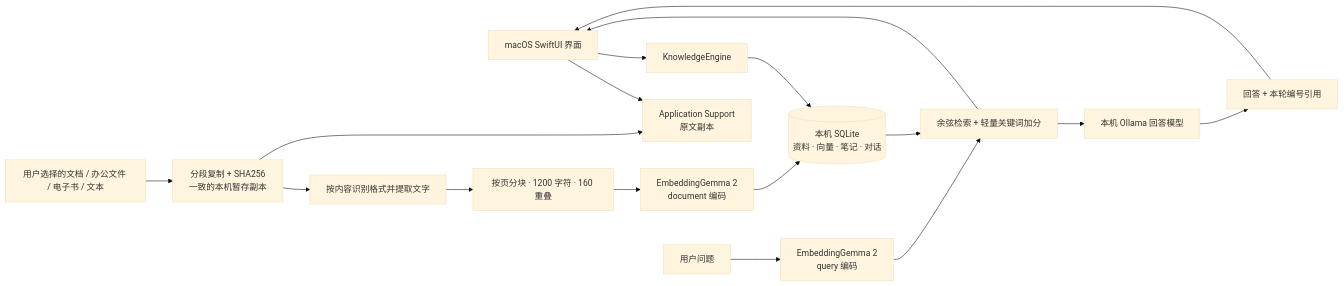
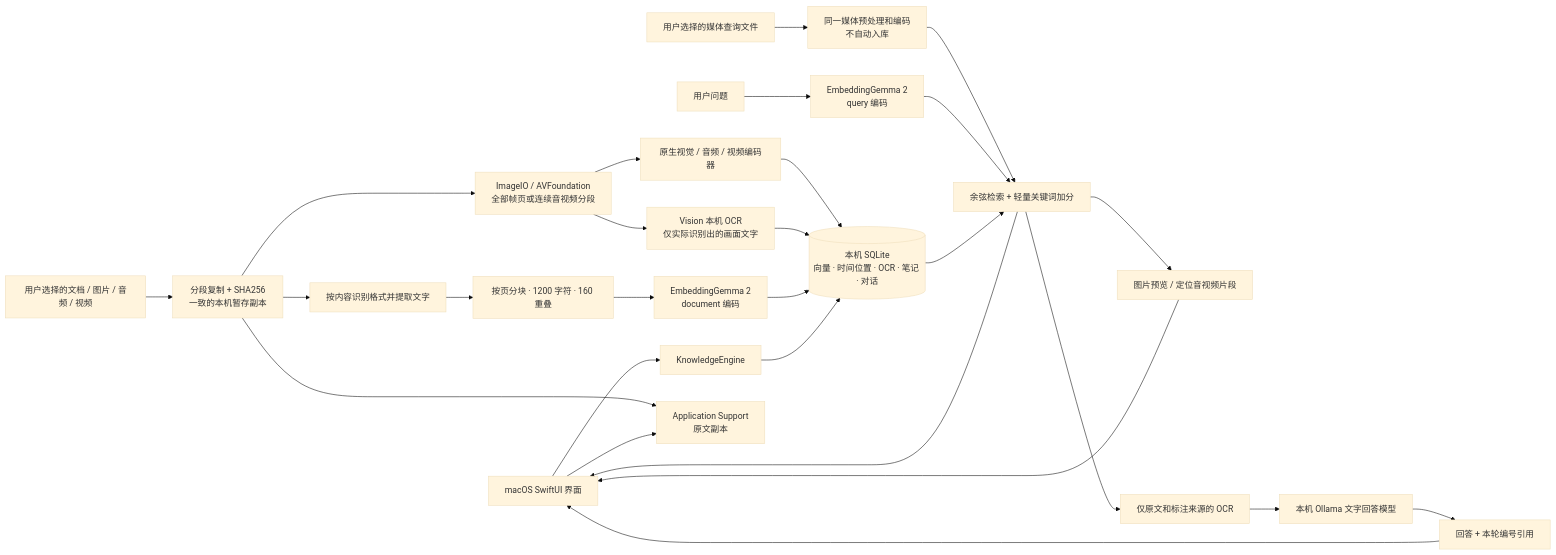
Before and after one commit to wyatt88/AskBaseMac: the diagram in docs/ARCHITECTURE.md, drawn with Mermaid (base theme). The commit also changed other lines of this file and 56 other files, not shown here.

````diff
--- a/docs/ARCHITECTURE.md
+++ b/docs/ARCHITECTURE.md
@@ -3,19 +3,29 @@
 ```mermaid
 flowchart LR
     U[macOS SwiftUI 界面] --> E[KnowledgeEngine]
-    F[用户选择的文档 / 办公文件 / 电子书 / 文本] --> T[分段复制 + SHA256<br/>一致的本机暂存副本]
+    F[用户选择的文档 / 图片 / 音频 / 视频] --> T[分段复制 + SHA256<br/>一致的本机暂存副本]
     T --> P[按内容识别格式并提取文字]
     P --> C[按页分块 · 1200 字符 · 160 重叠]
     C --> D[EmbeddingGemma 2<br/>document 编码]
-    D --> S[(本机 SQLite<br/>资料 · 向量 · 笔记 · 对话)]
+    T --> M[ImageIO / AVFoundation<br/>全部帧页或连续音视频分段]
+    M --> N[原生视觉 / 音频 / 视频编码器]
+    N --> S[(本机 SQLite<br/>向量 · 时间位置 · OCR · 笔记 · 对话)]
+    M --> X[Vision 本机 OCR<br/>仅实际识别出的画面文字]
+    X --> S
+    D --> S
     E --> S
     Q[用户问题] --> V[EmbeddingGemma 2<br/>query 编码]
+    MQ[用户选择的媒体查询文件] --> MV[同一媒体预处理和编码<br/>不自动入库]
+    MV --> R
     V --> R[余弦检索 + 轻量关键词加分]
     S --> R
     R --> U
-    R --> G[本机 Ollama 回答模型]
+    R --> MP[图片预览 / 定位音视频片段]
+    MP --> U
+    R --> RF[仅原文和标注来源的 OCR]
+    RF --> G[本机 Ollama 文字回答模型]
     G --> A[回答 + 本轮编号引用]
     A --> U
     T --> O[Application Support<br/>原文副本]
     U --> O
 ```
````
